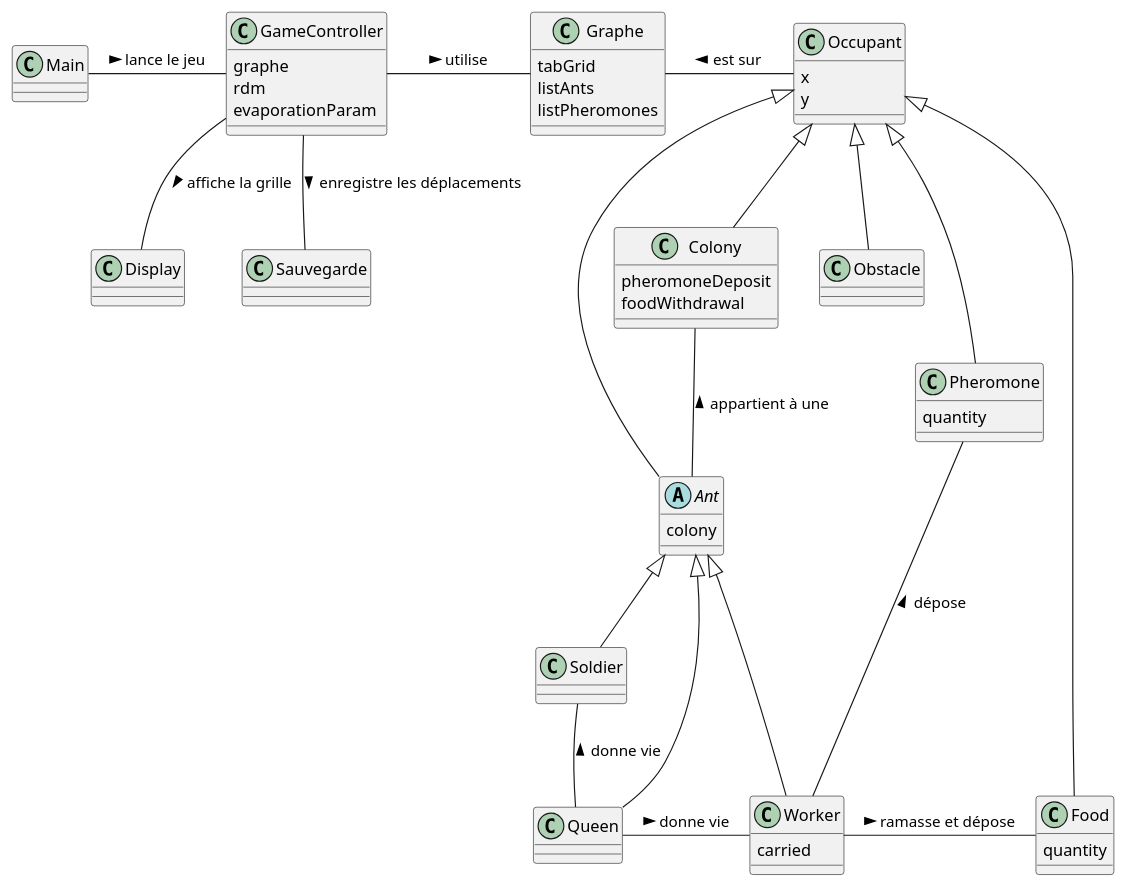
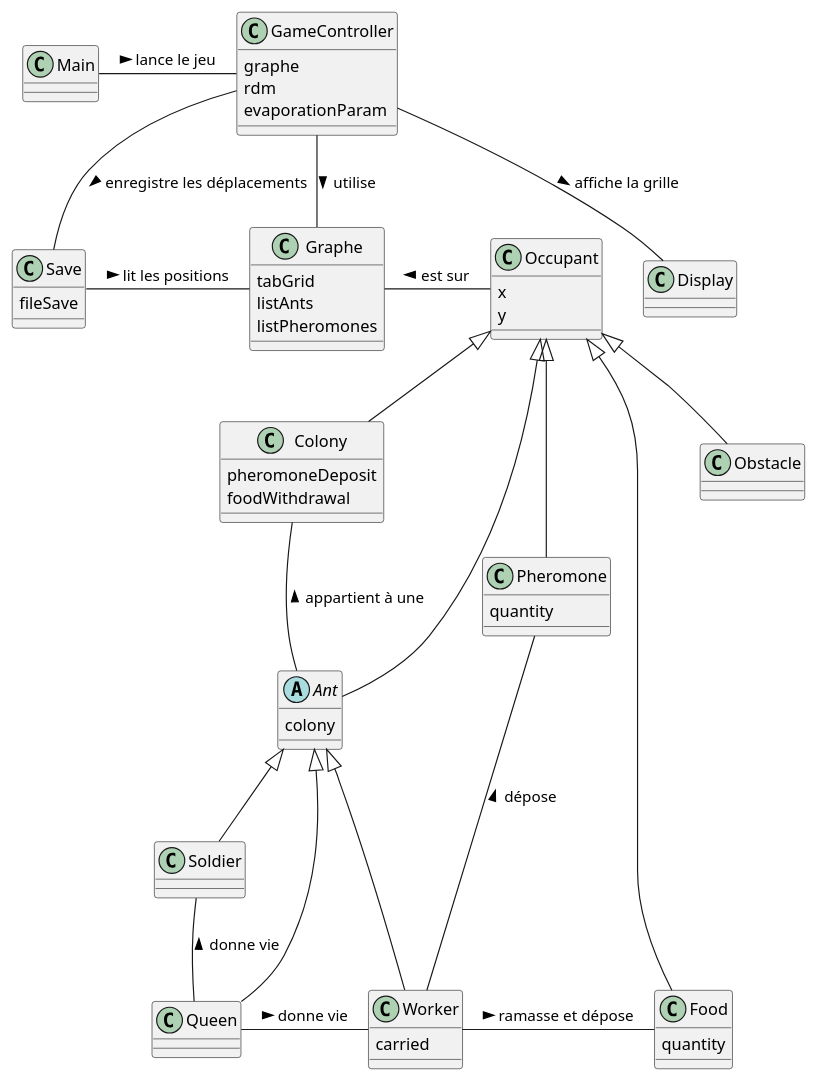
One commit to BaptisteWetterwald/dut-fourmis changed the diagram in src/main/uml/v2/DCa v2.puml. Above: the diagram before and after it, drawn with PlantUML. The commit also changed 4 other files, not shown here.

```diff
--- a/src/main/uml/v2/DCa v2.puml
+++ b/src/main/uml/v2/DCa v2.puml
@@ -1,87 +1,88 @@
 @startuml
 'https://plantuml.com/class-diagram
 
 abstract class Ant extends Occupant
 {
     colony
 }
 
 class Colony extends Occupant
 {
     pheromoneDeposit
     foodWithdrawal
 }
 
 class Display
 {
 
 }
 
 class Food extends Occupant
 {
     quantity
 }
 
 class GameController
 {
     graphe
     rdm
     evaporationParam
 }
 
 class Graphe
 {
     tabGrid
     listAnts
     listPheromones
 }
 
 class Main
 {
 }
 
 class Obstacle extends Occupant
 {
 }
 
 class Occupant
 {
     x
     y
 }
 
 class Pheromone extends Occupant
 {
     quantity
 }
 
 class Queen extends Ant
 {
 }
 
-class Sauvegarde
+class Save
 {
+    fileSave
 }
 
 class Soldier extends Ant
 {
 }
 
 class Worker extends Ant
 {
     carried
 }
 
 Main - GameController : lance le jeu >
 GameController - Graphe : utilise >
 Graphe - Occupant : est sur <
 Ant -up- Colony : appartient à une >
 Queen -up- Soldier : donne vie >
 Queen - Worker : donne vie >
 Worker - Food : ramasse et dépose >
 Worker -up- Pheromone : dépose >
 GameController -- Display : affiche la grille >
-GameController -- Sauvegarde : enregistre les déplacements >
-
+GameController -- Save : enregistre les déplacements >
+Save - Graphe : lit les positions >
 
 @enduml
```
